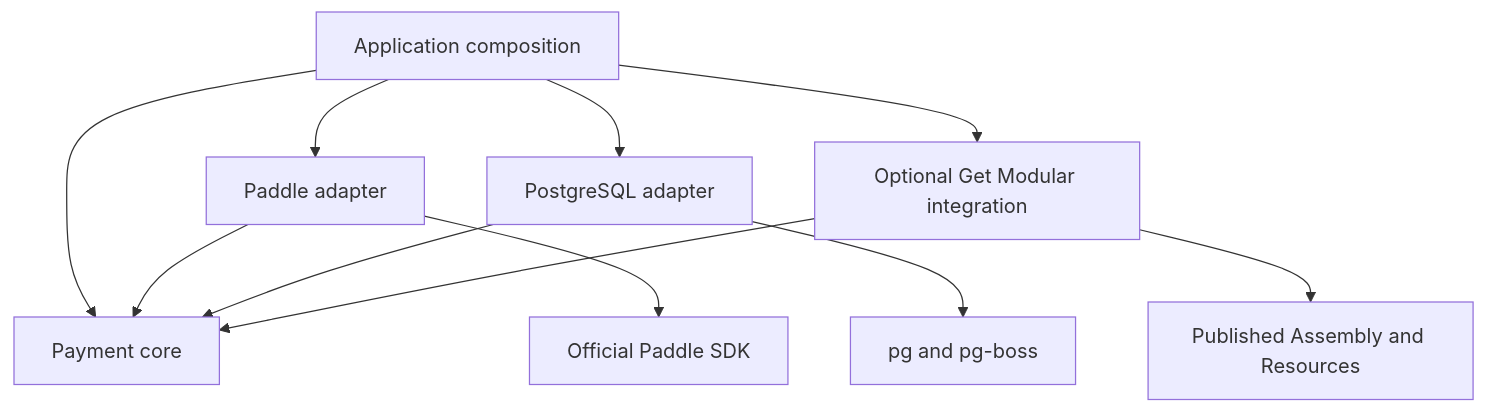
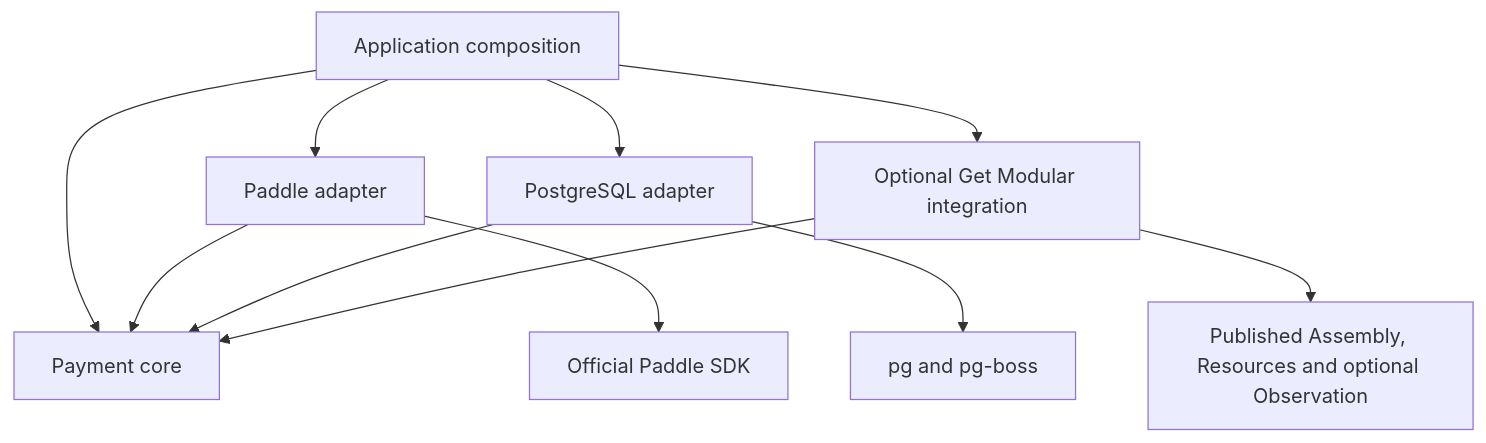
One commit to agent-teams-ai/payments-sdk changed the diagram in docs/architecture.md. Above: the diagram before and after it, drawn with Mermaid. The commit also changed other lines of this file, not shown here.

````diff
--- a/docs/architecture.md
+++ b/docs/architecture.md
@@ -7,13 +7,13 @@
 ```mermaid
 flowchart TD
   Host["Application composition"] --> Core["Payment core"]
   Host --> Paddle["Paddle adapter"]
   Host --> SQL["PostgreSQL adapter"]
   Host --> GM["Optional Get Modular integration"]
   Paddle --> Core
   SQL --> Core
   GM --> Core
   Paddle --> SDK["Official Paddle SDK"]
   SQL --> PG["pg and pg-boss"]
-  GM --> Modular["Published Assembly and Resources"]
+  GM --> Modular["Published Assembly, Resources and optional Observation"]
 ```
````
